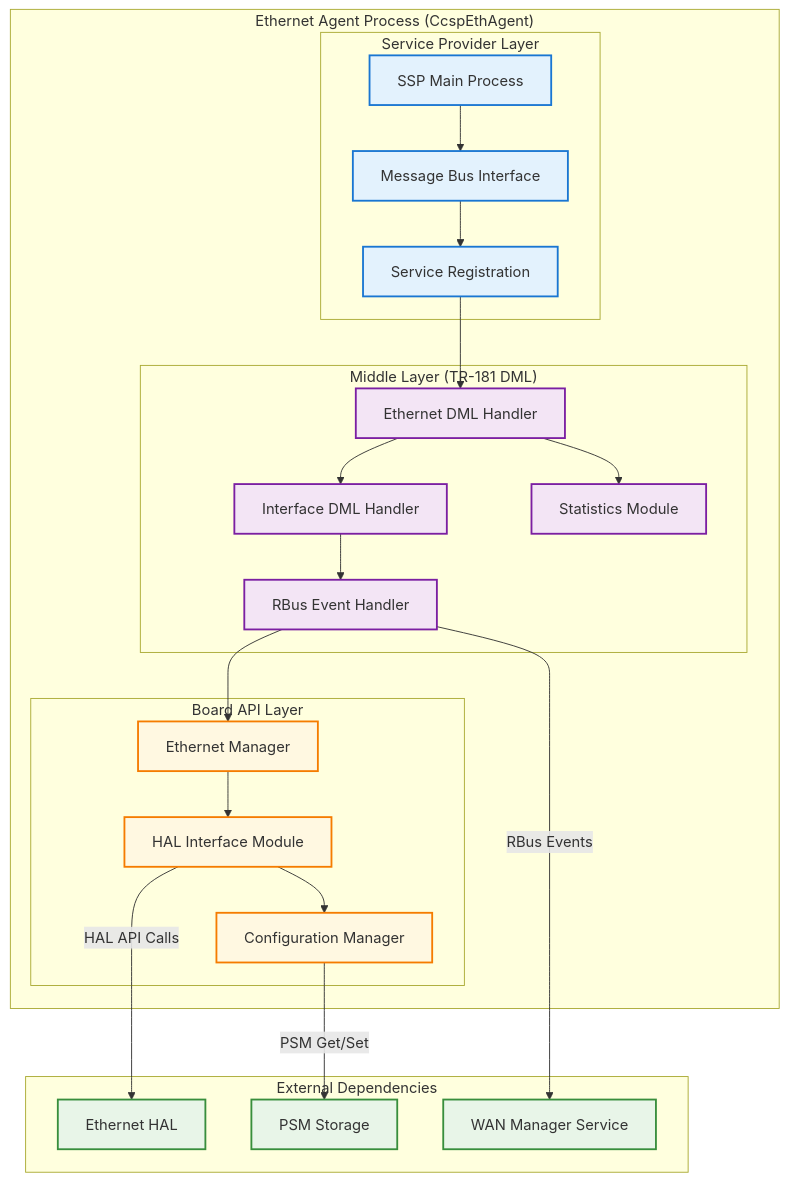
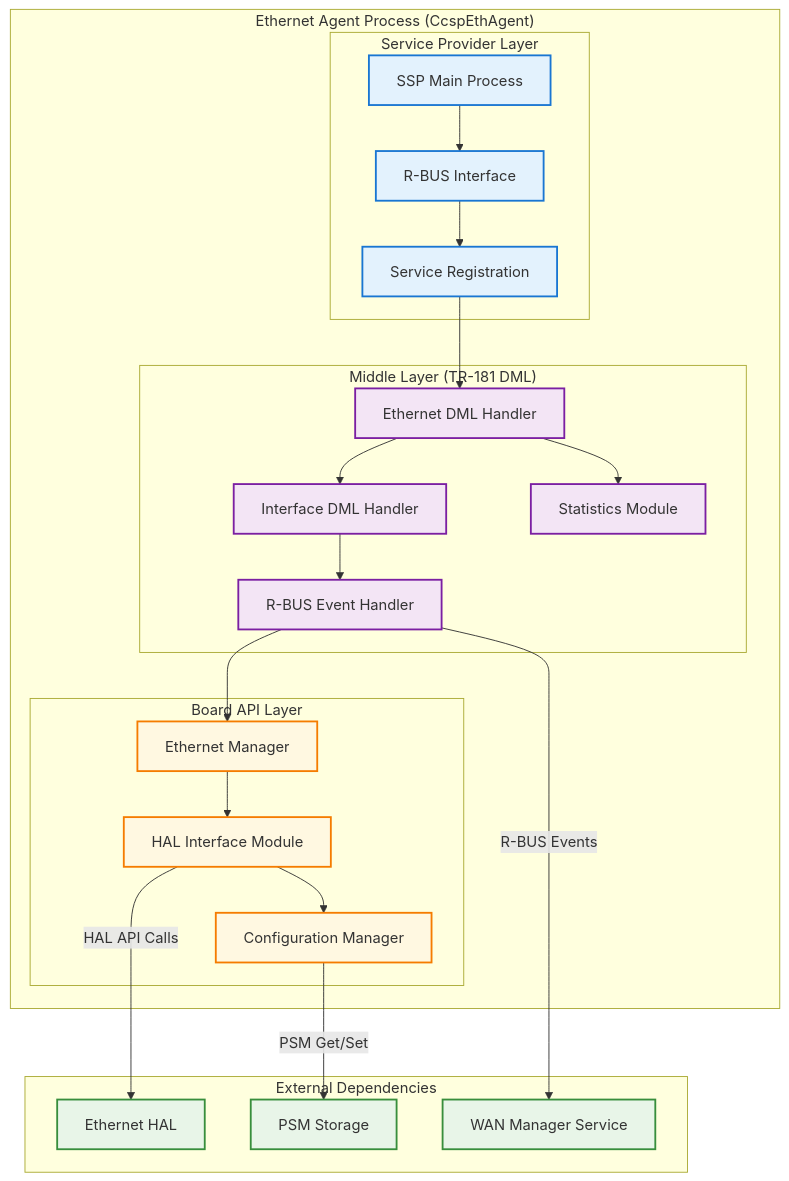
The second of 7 diagrams in README.md (rdkcentral/ethernet-agent), drawn with Mermaid before and after one commit. The commit also changed other lines of this file, not shown here.

````diff
--- a/README.md
+++ b/README.md
@@ -85,55 +85,55 @@
 ```mermaid
 graph TD
     subgraph EthAgentContainer ["Ethernet Agent Process (CcspEthAgent)"]
         subgraph SSP ["Service Provider Layer"]
             SSPMain[SSP Main Process]
-            MsgBusIntf[Message Bus Interface]
+            MsgBusIntf[R-BUS Interface]
             ServiceReg[Service Registration]
         end
         
         subgraph MiddleLayer ["Middle Layer (TR-181 DML)"]
             EthDML[Ethernet DML Handler]
             InterfaceDML[Interface DML Handler]
             StatsModule[Statistics Module]
-            RBusHandler[RBus Event Handler]
+            R-BUSHandler[R-BUS Event Handler]
         end
         
         subgraph BoardAPI ["Board API Layer"]
             EthManager[Ethernet Manager]
             HALInterface[HAL Interface Module]
             ConfigMgr[Configuration Manager]
         end
     end
 
     subgraph ExternalDeps ["External Dependencies"]
         HAL[Ethernet HAL]
         PSMStore[PSM Storage]
         WanMgrSvc[WAN Manager Service]
     end
 
     SSPMain --> MsgBusIntf
     MsgBusIntf --> ServiceReg
     ServiceReg --> EthDML
     
     EthDML --> InterfaceDML
     EthDML --> StatsModule
-    InterfaceDML --> RBusHandler
+    InterfaceDML --> R-BUSHandler
     
-    RBusHandler --> EthManager
+    R-BUSHandler --> EthManager
     EthManager --> HALInterface
     HALInterface --> ConfigMgr
     
     HALInterface -->|HAL API Calls| HAL
     ConfigMgr -->|PSM Get/Set| PSMStore
-    RBusHandler -->|RBus Events| WanMgrSvc
+    R-BUSHandler -->|R-BUS Events| WanMgrSvc
 
     classDef ssp fill:#e3f2fd,stroke:#1976d2,stroke-width:2px;
     classDef middle fill:#f3e5f5,stroke:#7b1fa2,stroke-width:2px;
     classDef board fill:#fff8e1,stroke:#f57c00,stroke-width:2px;
     classDef external fill:#e8f5e8,stroke:#388e3c,stroke-width:2px;
     
     class SSPMain,MsgBusIntf,ServiceReg ssp;
-    class EthDML,InterfaceDML,StatsModule,RBusHandler middle;
+    class EthDML,InterfaceDML,StatsModule,R-BUSHandler middle;
     class EthManager,HALInterface,ConfigMgr board;
     class HAL,PSMStore,WanMgrSvc external;
 ```
````
